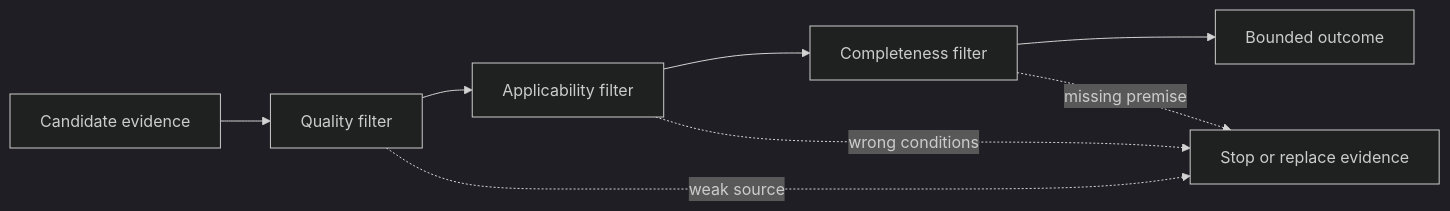
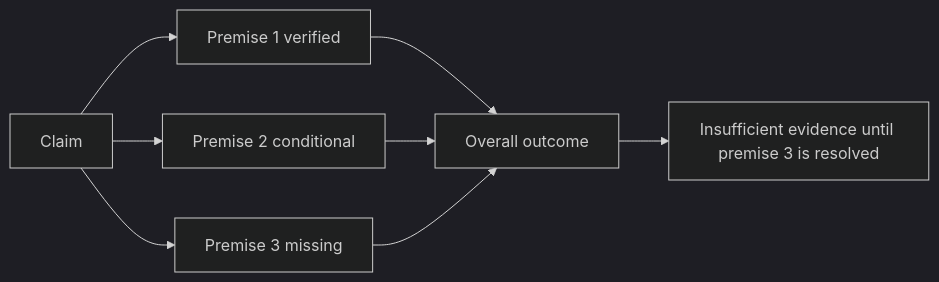
The second of 2 diagrams in docs/learning-plans/12-week/modules/day-06-evidence-quality-applicability-and-completeness-workshop.md (andrew3stedall/capstone), drawn with Mermaid (dark theme) before and after one commit. The commit also changed other lines of this file, not shown here.

Commit message:
Improve Day 6 evidence assessment quality

````diff
--- a/docs/learning-plans/12-week/modules/day-06-evidence-quality-applicability-and-completeness-workshop.md
+++ b/docs/learning-plans/12-week/modules/day-06-evidence-quality-applicability-and-completeness-workshop.md
@@ -205,10 +191,10 @@
 ```mermaid
 flowchart LR
-    A["Candidate evidence"] --> Q["Quality filter"]
-    Q --> P["Applicability filter"]
-    P --> C["Completeness filter"]
-    C --> O["Bounded outcome"]
-    Q -. "weak source" .-> X["Stop or replace evidence"]
-    P -. "wrong conditions" .-> X
-    C -. "missing premise" .-> X
+    C["Claim"] --> P1["Premise 1 verified"]
+    C --> P2["Premise 2 conditional"]
+    C --> P3["Premise 3 missing"]
+    P1 --> O["Overall outcome"]
+    P2 --> O
+    P3 --> O
+    O --> R["Insufficient evidence until premise 3 is resolved"]
 ```
````
